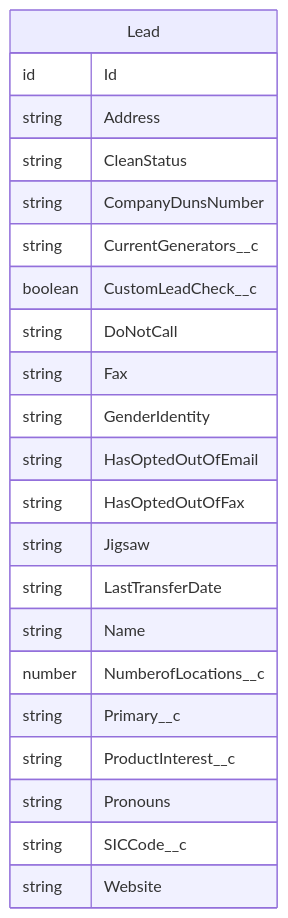
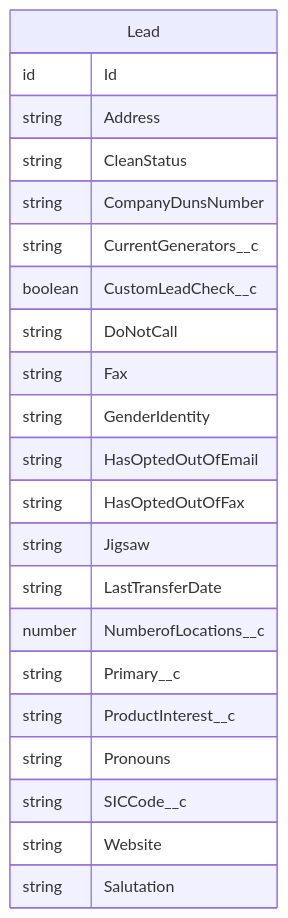
The diagram in src/treecipe/src/ExtensionCommandService/tests/golden/snowfakery/GeneratedRecipes/recipe-{TIMESTAMP}/Lead-ONLY/mermaid-erd--Lead-ONLY-{TIMESTAMP}.md (jdschleicher/Salesforce-Data-Treecipe), drawn with Mermaid before and after one commit. The commit also changed 37 other files, not shown here.

````diff
--- a/src/treecipe/src/ExtensionCommandService/tests/golden/snowfakery/GeneratedRecipes/recipe-{TIMESTAMP}/Lead-ONLY/mermaid-erd--Lead-ONLY-{TIMESTAMP}.md
+++ b/src/treecipe/src/ExtensionCommandService/tests/golden/snowfakery/GeneratedRecipes/recipe-{TIMESTAMP}/Lead-ONLY/mermaid-erd--Lead-ONLY-{TIMESTAMP}.md
@@ -14,26 +14,26 @@
 ```mermaid
 erDiagram
     Lead {
         id Id
         string Address
         string CleanStatus
         string CompanyDunsNumber
         string CurrentGenerators__c
         boolean CustomLeadCheck__c
         string DoNotCall
         string Fax
         string GenderIdentity
         string HasOptedOutOfEmail
         string HasOptedOutOfFax
         string Jigsaw
         string LastTransferDate
-        string Name
         number NumberofLocations__c
         string Primary__c
         string ProductInterest__c
         string Pronouns
         string SICCode__c
         string Website
+        string Salutation
     }
 
 ```
````
